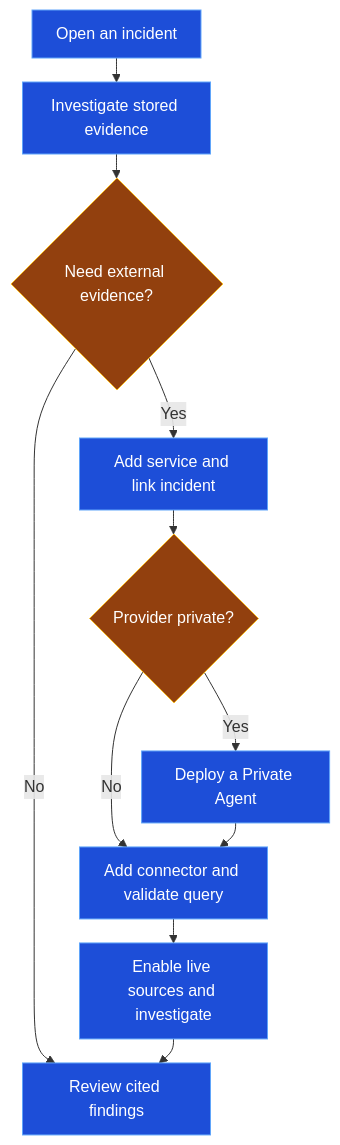
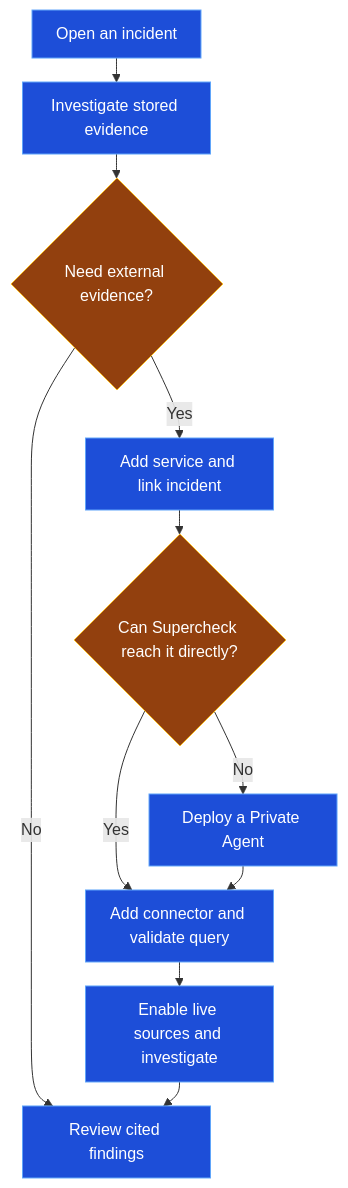
Before and after one commit to supercheck-io/supercheck: the diagram in docs/content/docs/app/admin/ai-sre-setup.mdx, drawn with Mermaid. The commit also changed 9 other files, not shown here.

````diff
--- a/docs/content/docs/app/admin/ai-sre-setup.mdx
+++ b/docs/content/docs/app/admin/ai-sre-setup.mdx
@@ -110,19 +110,19 @@
 ```mermaid
 %%{init: {"flowchart":{"nodeSpacing":20,"rankSpacing":24,"padding":12,"wrappingWidth":140}}}%%
 flowchart TB
     Incident[Open an incident] --> Native[Investigate stored evidence]
     Native --> Need{Need external evidence?}
     Need -->|No| Review[Review cited findings]
     Need -->|Yes| Services[Add service and link incident]
-    Services --> Private{Provider private?}
-    Private -->|Yes| Agent[Deploy a Private Agent]
-    Private -->|No| Connectors[Add connector and validate query]
+    Services --> Reach{Can Supercheck reach it directly?}
+    Reach -->|No| Agent[Deploy a Private Agent]
+    Reach -->|Yes| Connectors[Add connector and validate query]
     Agent --> Connectors
     Connectors --> Live[Enable live sources and investigate]
     Live --> Review
 
     classDef action fill:#1d4ed8,stroke:#60a5fa,color:#fff
     classDef decision fill:#92400e,stroke:#fbbf24,color:#fff
     class Incident,Native,Services,Agent,Connectors,Live,Review action
-    class Need,Private decision
+    class Need,Reach decision
 ```
````
